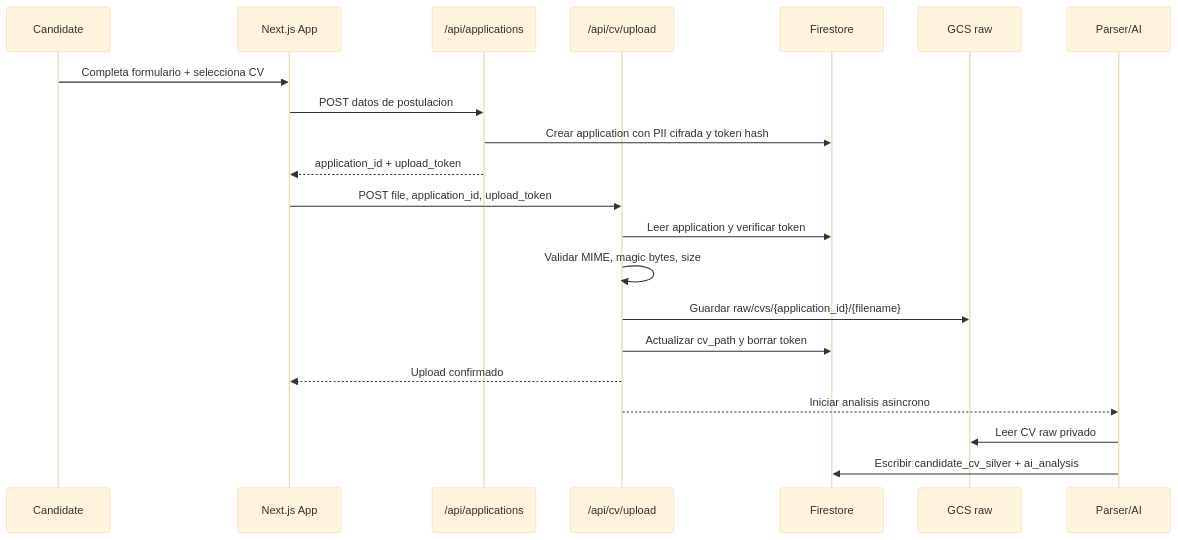
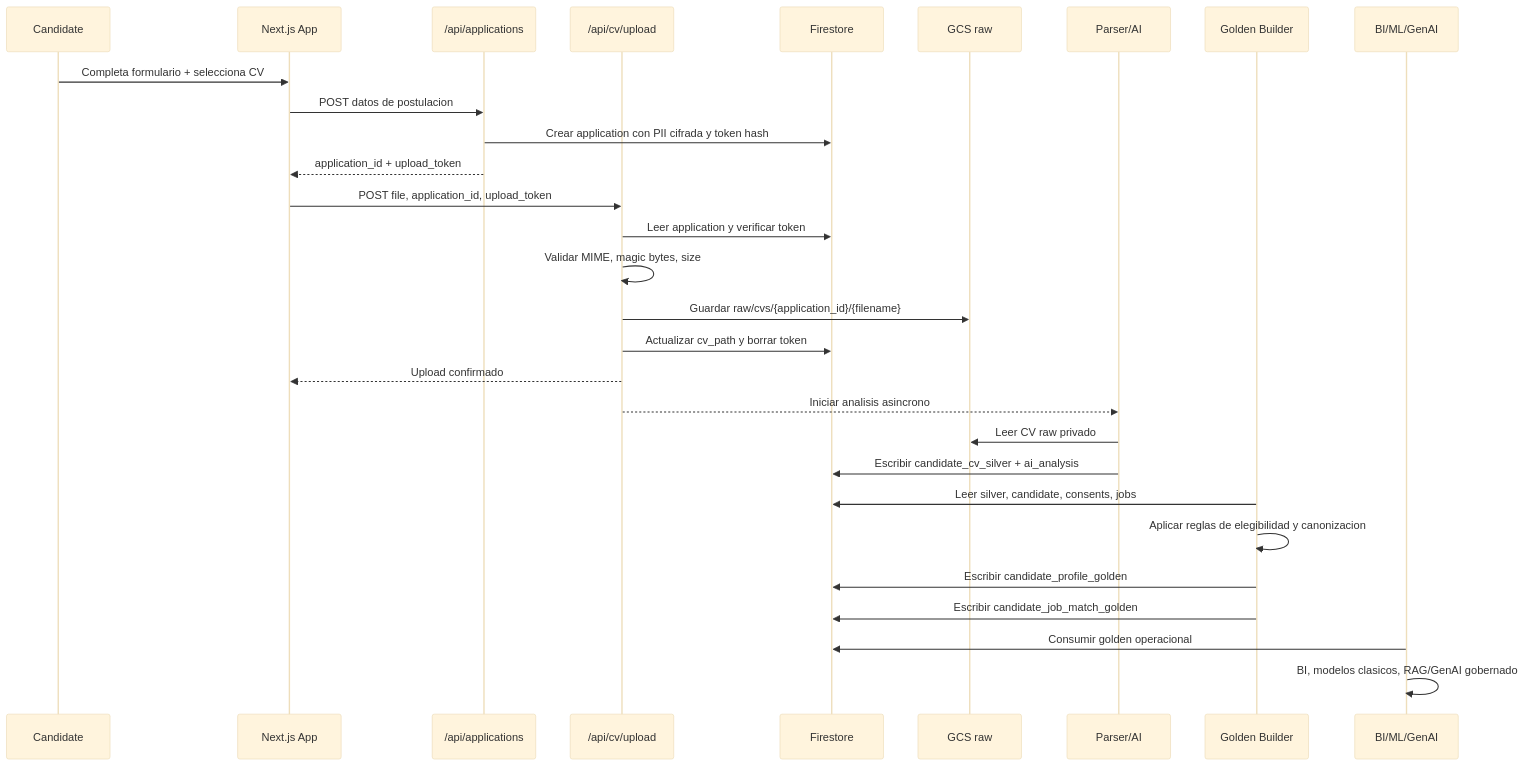
Before and after one commit to erwindaza/bejoby: the second of 7 diagrams in cv-data-pipeline-sdd.md, drawn with Mermaid (base theme). The commit also changed other lines of this file and 2 other files, not shown here.

Commit message:
docs: add golden CV data layer

````diff
--- a/cv-data-pipeline-sdd.md
+++ b/cv-data-pipeline-sdd.md
@@ -155,24 +324,32 @@
 ```mermaid
 sequenceDiagram
   participant Candidate
   participant App as Next.js App
   participant Applications as /api/applications
   participant Upload as /api/cv/upload
   participant Firestore
   participant GCS as GCS raw
   participant Parser as Parser/AI
+  participant Golden as Golden Builder
+  participant Consumers as BI/ML/GenAI
 
   Candidate->>App: Completa formulario + selecciona CV
   App->>Applications: POST datos de postulacion
   Applications->>Firestore: Crear application con PII cifrada y token hash
   Applications-->>App: application_id + upload_token
   App->>Upload: POST file, application_id, upload_token
   Upload->>Firestore: Leer application y verificar token
   Upload->>Upload: Validar MIME, magic bytes, size
   Upload->>GCS: Guardar raw/cvs/{application_id}/{filename}
   Upload->>Firestore: Actualizar cv_path y borrar token
   Upload-->>App: Upload confirmado
   Upload-->>Parser: Iniciar analisis asincrono
   Parser->>GCS: Leer CV raw privado
   Parser->>Firestore: Escribir candidate_cv_silver + ai_analysis
+  Golden->>Firestore: Leer silver, candidate, consents, jobs
+  Golden->>Golden: Aplicar reglas de elegibilidad y canonizacion
+  Golden->>Firestore: Escribir candidate_profile_golden
+  Golden->>Firestore: Escribir candidate_job_match_golden
+  Consumers->>Firestore: Consumir golden operacional
+  Consumers->>Consumers: BI, modelos clasicos, RAG/GenAI gobernado
 ```
````
